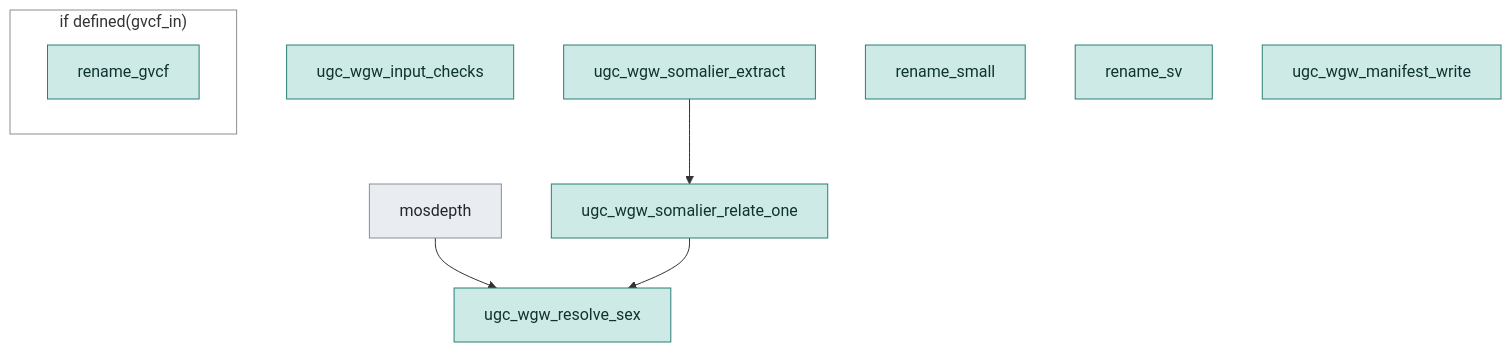
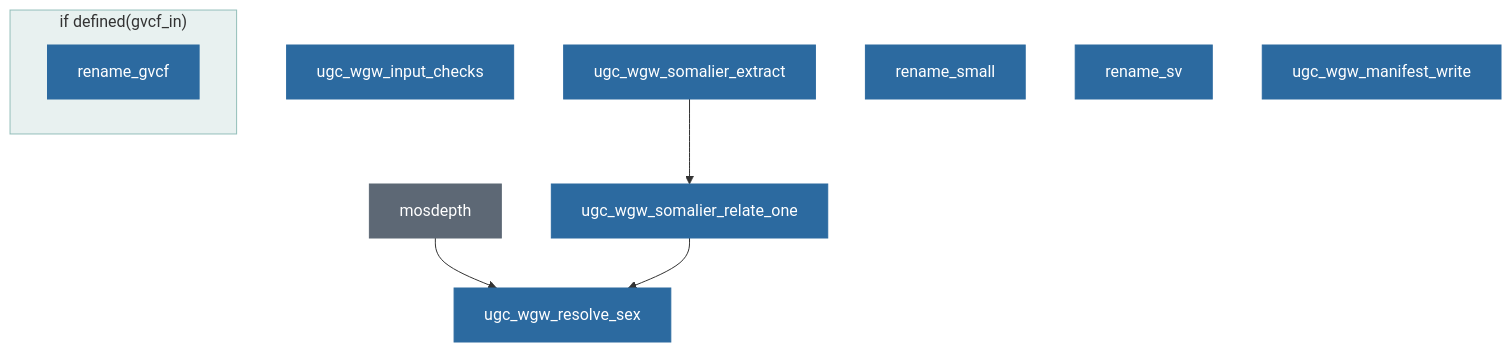
One commit to UppsalaGenomeCenter/ugc-wgw changed the fifth of 13 diagrams in docs/guide/workflow-graphs.md. Above: the diagram before and after it, drawn with Mermaid. The commit also changed other lines of this file and 51 other files, not shown here.

````diff
--- a/docs/guide/workflow-graphs.md
+++ b/docs/guide/workflow-graphs.md
@@ -403,21 +407,22 @@
 ```mermaid
 flowchart TD
   n1["ugc_wgw_input_checks"]:::o
   n2["mosdepth"]:::u
   n3["ugc_wgw_somalier_extract"]:::o
   n4["ugc_wgw_somalier_relate_one"]:::o
   n5["ugc_wgw_resolve_sex"]:::o
   n6["rename_small"]:::o
   n7["rename_sv"]:::o
   subgraph s1["if defined(gvcf_in)"]
     n8["rename_gvcf"]:::o
   end
   n9["ugc_wgw_manifest_write"]:::o
   n2 --> n5
   n3 --> n4
   n4 --> n5
-  classDef o fill:#cdeae6,stroke:#2a7f77,color:#0f3330
-  classDef u fill:#e9edf1,stroke:#8a8f95,color:#22272e
-  classDef b fill:none,stroke:#8a8f95
+  classDef default fill:none,stroke:#8a8f95
+  classDef o fill:#2c6aa0,stroke:#2c6aa0,color:#fff
+  classDef u fill:#5d6875,stroke:#5d6875,color:#fff
+  classDef b fill:#1f7a70,fill-opacity:0.10,stroke:#1f7a70,stroke-opacity:0.45
   class s1 b
 ```
````
